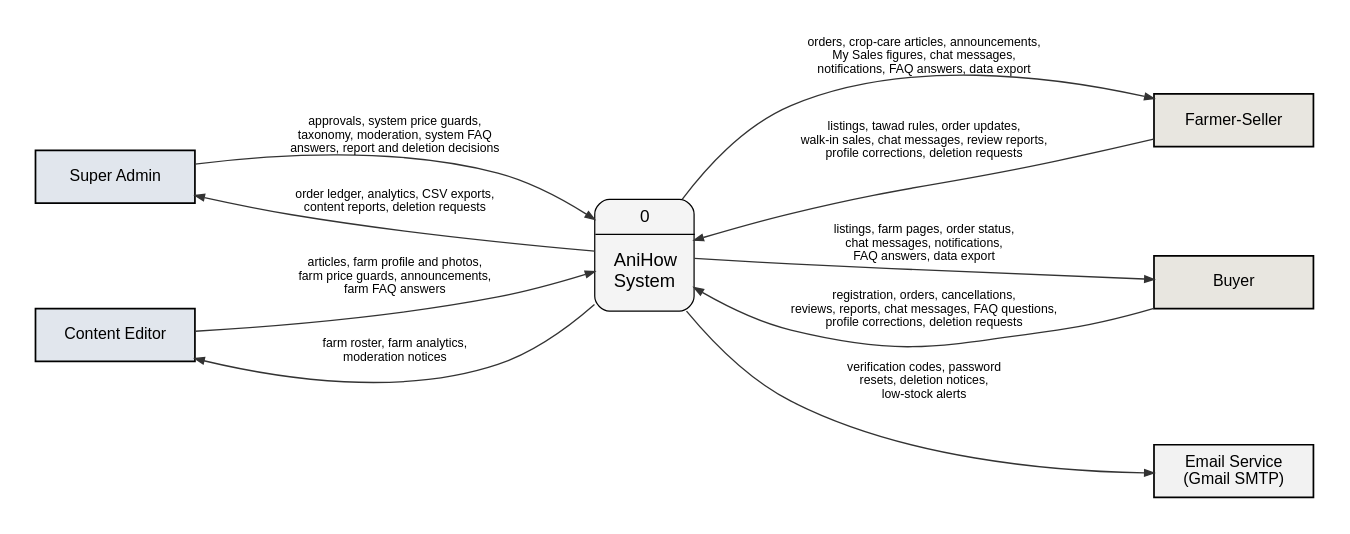
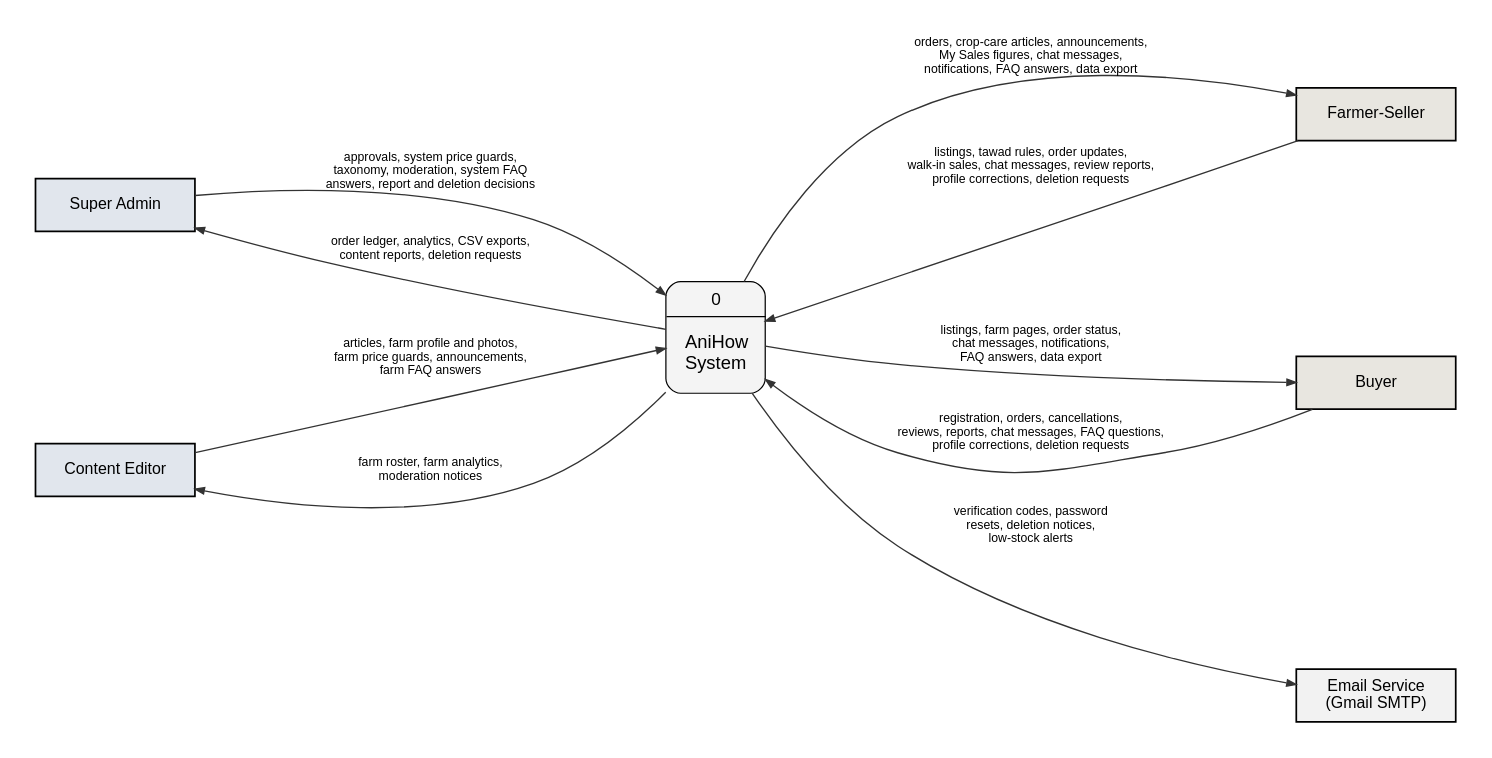
One commit to shawncastaneda11-commits/anihow-backend changed the diagram in docs/manuscript/figures/src/fig6_context_dfd.dot. Above: the diagram before and after it, drawn with Graphviz. The commit also changed 18 other files, not shown here.

First line of the commit message:
docs(manuscript): keep flowchart and context-diagram labels off the lines

```diff
--- a/docs/manuscript/figures/src/fig6_context_dfd.dot
+++ b/docs/manuscript/figures/src/fig6_context_dfd.dot
@@ -1,34 +1,34 @@
 // Figure 6. Context diagram (data flow diagram, level 0) of AniHow (v3.5), Gane-Sarson notation.
 digraph G {
-  graph [rankdir=LR, nodesep=0.7, ranksep=2.2, pad=0.3, fontname="Liberation Sans", newrank=true];
+  graph [rankdir=LR, nodesep=1.5, ranksep=3.0, pad=0.3, fontname="Liberation Sans", newrank=true, splines=true];
   node  [fontname="Liberation Sans", fontsize=13];
   edge  [penwidth=1.1, arrowsize=0.75, color="#333333", fontname="Liberation Sans", fontsize=10];
 
   node [shape=box, style="filled", penwidth=1.4, width=1.8, height=0.6];
   sa [label="Super Admin",    fillcolor="#E1E6ED"];
   ce [label="Content Editor", fillcolor="#E1E6ED"];
   fs [label="Farmer-Seller",  fillcolor="#E8E6E0"];
   by [label="Buyer",          fillcolor="#E8E6E0"];
   em [label="Email Service\n(Gmail SMTP)", fillcolor="#F2F2F2"];
 
   sys [shape=plaintext, style="", fillcolor=none, width=0, height=0, margin=0, label=<<TABLE STYLE="ROUNDED" BORDER="1" CELLBORDER="0" CELLSPACING="0" CELLPADDING="6" BGCOLOR="#F4F4F4">
        <TR><TD><FONT POINT-SIZE="14">0</FONT></TD></TR><HR/>
        <TR><TD CELLPADDING="14"><FONT POINT-SIZE="15">AniHow<BR/>System</FONT></TD></TR></TABLE>>];
 
   sa -> sys [label="approvals, system price guards,\ntaxonomy, moderation, system FAQ\nanswers, report and deletion decisions"];
   sys -> sa [label="order ledger, analytics, CSV exports,\ncontent reports, deletion requests"];
 
   ce -> sys [label="articles, farm profile and photos,\nfarm price guards, announcements,\nfarm FAQ answers"];
   sys -> ce [label="farm roster, farm analytics,\nmoderation notices"];
 
   sys -> fs [label="orders, crop-care articles, announcements,\nMy Sales figures, chat messages,\nnotifications, FAQ answers, data export"];
   sys -> fs [dir=back, label="listings, tawad rules, order updates,\nwalk-in sales, chat messages, review reports,\nprofile corrections, deletion requests"];
 
   sys -> by [label="listings, farm pages, order status,\nchat messages, notifications,\nFAQ answers, data export"];
   sys -> by [dir=back, label="registration, orders, cancellations,\nreviews, reports, chat messages, FAQ questions,\nprofile corrections, deletion requests"];
 
   sys -> em [label="verification codes, password\nresets, deletion notices,\nlow-stock alerts"];
 
   {rank=same; sa ce}
   {rank=same; fs by em}
 }
```
